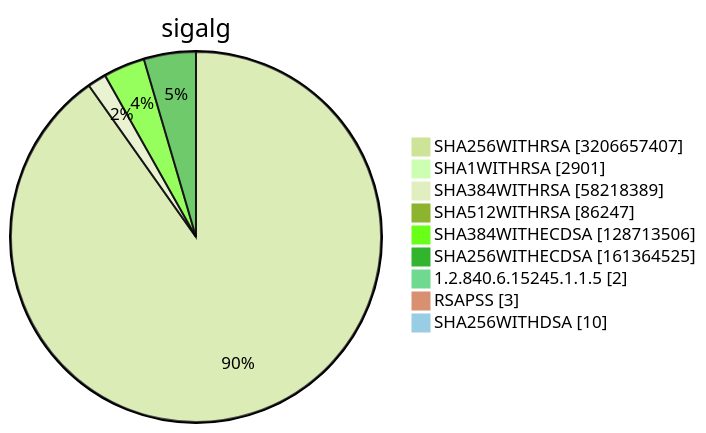
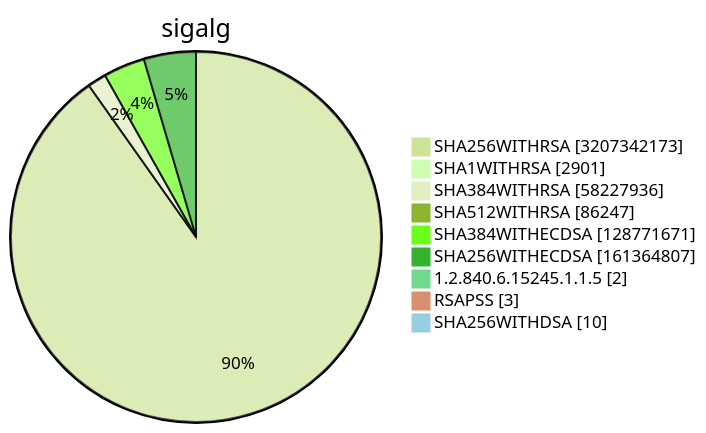
Before and after one commit to christiankrug/ctmonitor_visualization: diagram 15 of 15 in TOTAL/README.md, drawn with Mermaid (forest theme). The commit also changed other lines of this file, not shown here.

````diff
--- a/TOTAL/README.md
+++ b/TOTAL/README.md
@@ -6217,13 +6217,13 @@
 ```mermaid
 pie showData
 title sigalg
-"SHA256WITHRSA" :3206657407
+"SHA256WITHRSA" :3207342173
 "SHA1WITHRSA" :2901
-"SHA384WITHRSA" :58218389
+"SHA384WITHRSA" :58227936
 "SHA512WITHRSA" :86247
-"SHA384WITHECDSA" :128713506
-"SHA256WITHECDSA" :161364525
+"SHA384WITHECDSA" :128771671
+"SHA256WITHECDSA" :161364807
 "1.2.840.6.15245.1.1.5" :2
 "RSAPSS" :3
 "SHA256WITHDSA" :10
 ```
````
